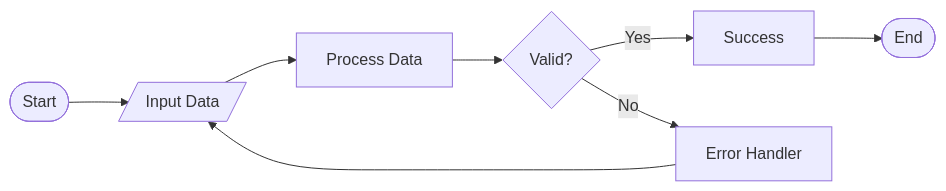
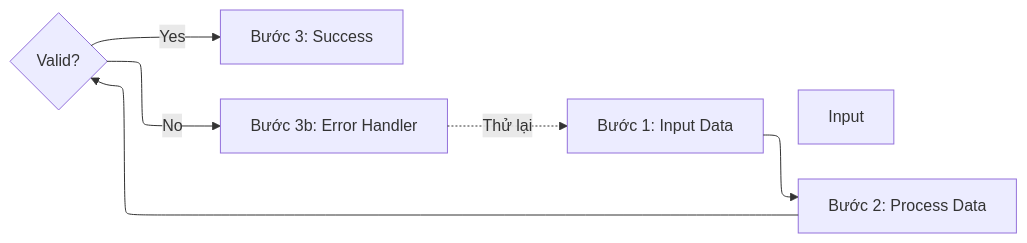
One commit to quangnt2697/Agent-skills changed the diagram in skills/ba-design-flowchart/assets/example_diagrams/flowchart.mmd. Above: the diagram before and after it, drawn with Mermaid. The commit also changed 6 other files, not shown here.

Commit message:
fix mermaid render rules

```diff
--- a/skills/ba-design-flowchart/assets/example_diagrams/flowchart.mmd
+++ b/skills/ba-design-flowchart/assets/example_diagrams/flowchart.mmd
@@ -1,8 +1,16 @@
+%%{init: {"flowchart": {"defaultRenderer": "elk"}}}%%
 flowchart LR
-    Start([Start]) --> Input[/Input Data/]
-    Input --> Process[Process Data]
-    Process --> Decision{Valid?}
-    Decision -->|Yes| Success[Success]
-    Decision -->|No| Error[Error Handler]
-    Error --> Input
-    Success --> End([End])
+    A ~~~ Input
+    A["Bước 1: Input Data"]
+    Process["Bước 2: Process Data"]
+    Decision{"Valid?"}
+    Success["Bước 3: Success"]
+    Error["Bước 3b: Error Handler"]
+    
+    A --> Process
+    Process --> Decision
+    Decision -->|Yes| Success
+    Decision -->|No| Error
+    
+    %% Backward edges
+    Error -.->|"Thử lại"| A
```
